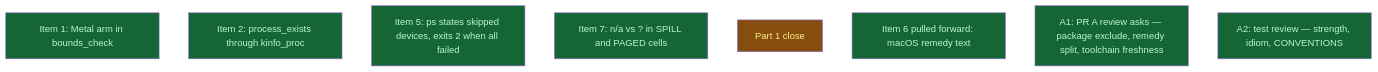
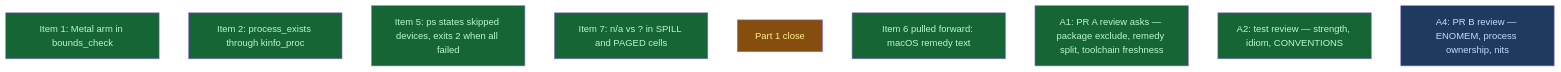
The diagram in __roadmap__/v0214-sandbox/part1/README.md (LittleCoinCoin/hypomnesis), drawn with Mermaid before and after one commit. The commit also changed other lines of this file and 3 other files, not shown here.

First line of the commit message:
docs(roadmap): amendment A4 — the maintainer's review of PR B

````diff
--- a/__roadmap__/v0214-sandbox/part1/README.md
+++ b/__roadmap__/v0214-sandbox/part1/README.md
@@ -26,16 +26,17 @@
 ```mermaid
 graph TD
     metal_bounds_check[Item 1: Metal arm in bounds_check]:::done
     process_exists_kinfo[Item 2: process_exists through kinfo_proc]:::done
     ps_failed_devices[Item 5: ps states skipped devices, exits 2 when all failed]:::done
     spill_cell_na[Item 7: n/a vs ? in SPILL and PAGED cells]:::done
     close[Part 1 close]:::inprogress
     remedy_macos[Item 6 pulled forward: macOS remedy text]:::done
     maintainer_review_a[A1: PR A review asks — package exclude, remedy split, toolchain freshness]:::done
     test_review_b[A2: test review — strength, idiom, CONVENTIONS]:::done
+    maintainer_review_b[A4: PR B review — ENOMEM, process ownership, nits]:::amendment
     classDef done       fill:#166534,color:#bbf7d0
     classDef inprogress fill:#854d0e,color:#fef08a
     classDef planned    fill:#374151,color:#e5e7eb
     classDef amendment  fill:#1e3a5f,color:#bfdbfe
     classDef blocked    fill:#7f1d1d,color:#fecaca
 ```
````
